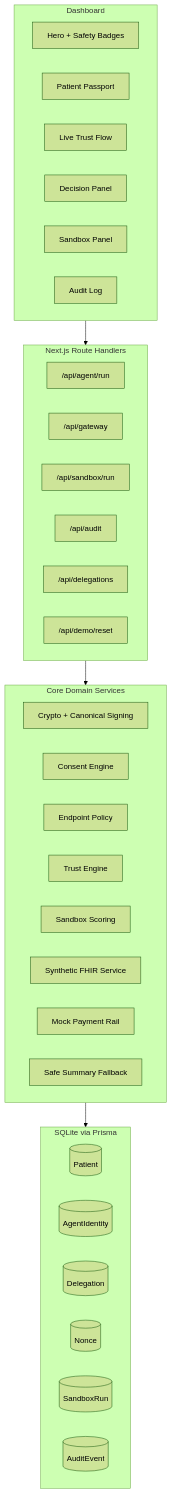
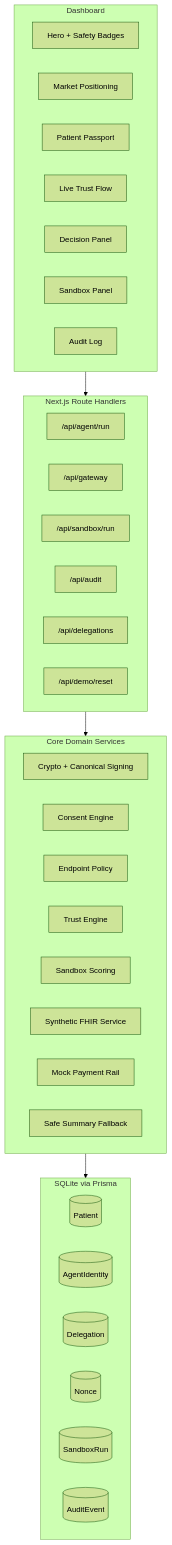
The fourth of 4 diagrams in README.md (roshaninfordham/healthagentpassport), drawn with Mermaid (forest theme) before and after one commit. The commit also changed other lines of this file and 7 other files, not shown here.

Commit message:
Add healthcare market positioning panel

````diff
--- a/README.md
+++ b/README.md
@@ -83,44 +105,45 @@
 ```mermaid
 flowchart TB
   subgraph UI["Dashboard"]
     Hero[Hero + Safety Badges]
+    Ecosystem[Market Positioning]
     Passport[Patient Passport]
     Flow[Live Trust Flow]
     Decision[Decision Panel]
     SandboxUI[Sandbox Panel]
     AuditUI[Audit Log]
   end
 
   subgraph API["Next.js Route Handlers"]
     AgentRun["/api/agent/run"]
     GatewayRoute["/api/gateway"]
     SandboxRoute["/api/sandbox/run"]
     AuditRoute["/api/audit"]
     Delegations["/api/delegations"]
     Reset["/api/demo/reset"]
   end
 
   subgraph Core["Core Domain Services"]
     Crypto[Crypto + Canonical Signing]
     Consent[Consent Engine]
     Policy[Endpoint Policy]
     Trust[Trust Engine]
     SandboxCore[Sandbox Scoring]
     FHIR[Synthetic FHIR Service]
     Payment[Mock Payment Rail]
     LLM[Safe Summary Fallback]
   end
 
   subgraph Data["SQLite via Prisma"]
     Patient[(Patient)]
     Agent[(AgentIdentity)]
     Delegation[(Delegation)]
     Nonce[(Nonce)]
     SandboxRun[(SandboxRun)]
     Audit[(AuditEvent)]
   end
 
   UI --> API
   API --> Core
   Core --> Data
 ```
````
